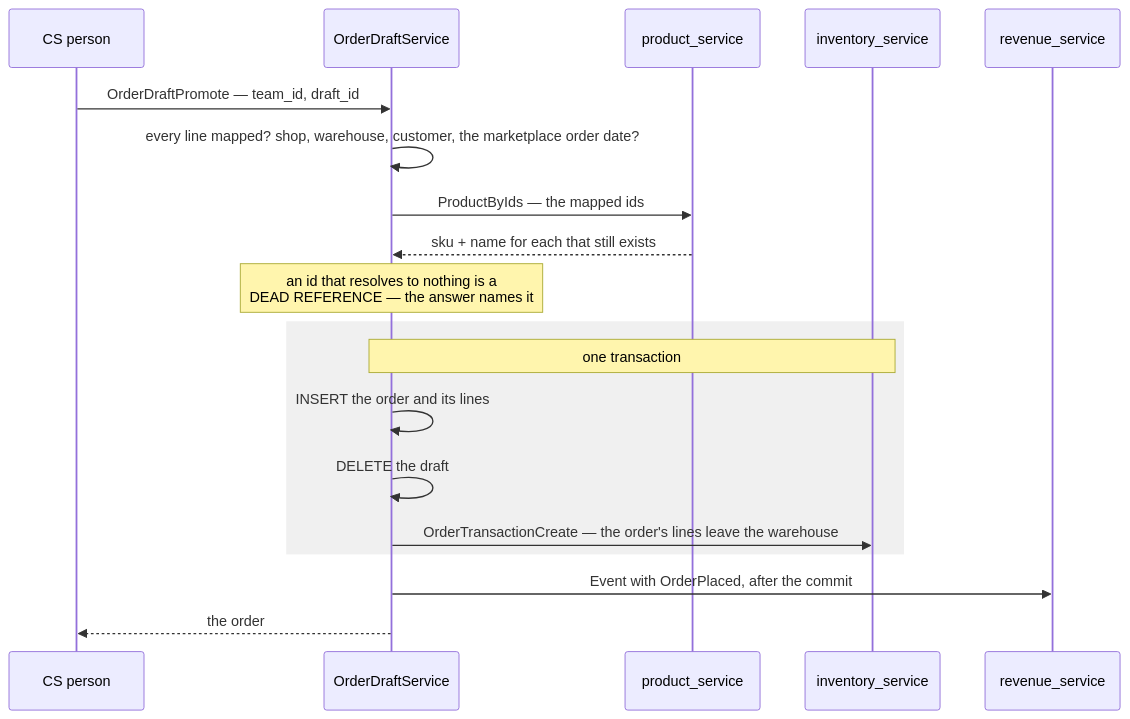
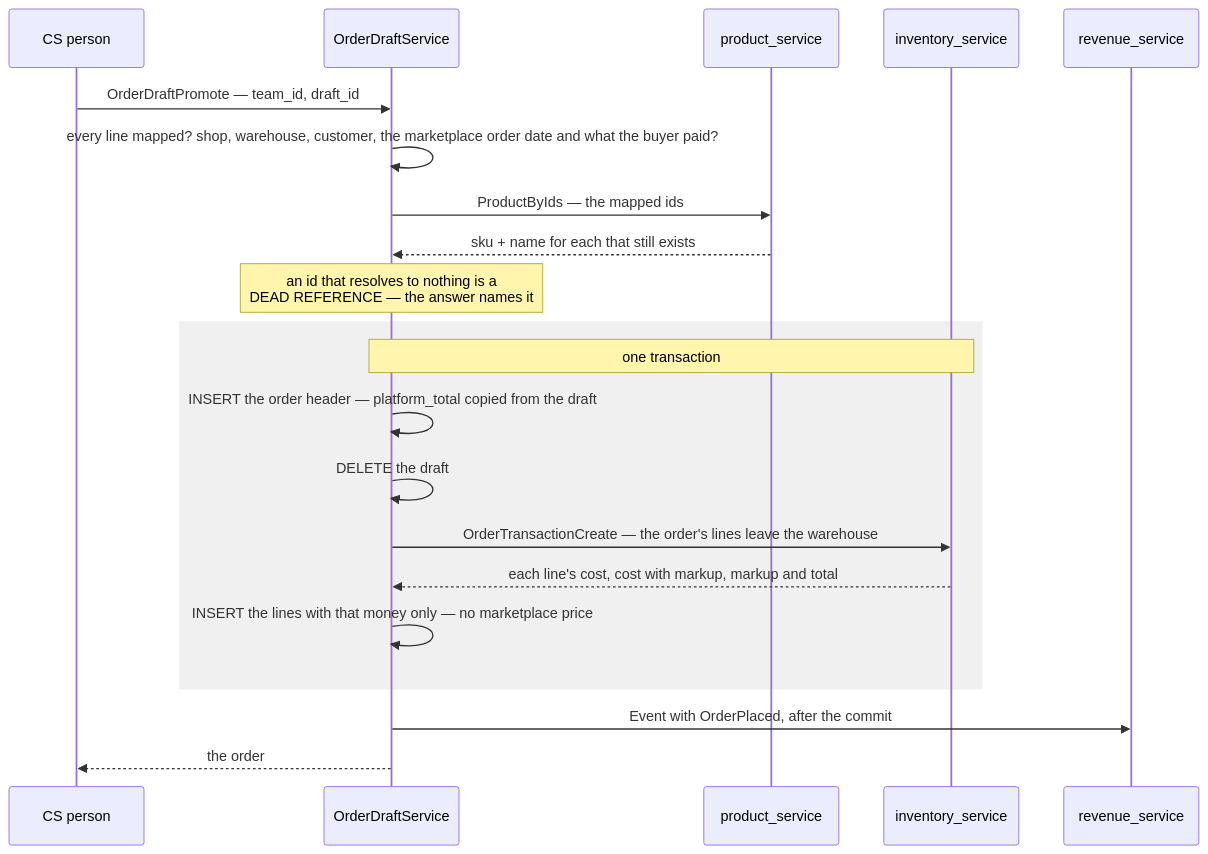
Before and after one commit to pdcgo/warehouse_revamp: the tenth of 15 diagrams in docs/services/selling_service/rpc.md, drawn with Mermaid. The commit also changed other lines of this file and 346 other files, not shown here.

First line of the commit message:
feat(analytic): the graph and its Table/Graph tabs, metrics/suppliers on the contract — with the order, liability and shipment work in flight

````diff
--- a/docs/services/selling_service/rpc.md
+++ b/docs/services/selling_service/rpc.md
@@ -445,22 +555,24 @@
 ```mermaid
 sequenceDiagram
     participant CS as CS person
     participant D as OrderDraftService
     participant P as product_service
     participant I as inventory_service
     participant R as revenue_service
 
     CS->>D: OrderDraftPromote — team_id, draft_id
-    D->>D: every line mapped? shop, warehouse, customer, the marketplace order date?
+    D->>D: every line mapped? shop, warehouse, customer, the marketplace order date and what the buyer paid?
     D->>P: ProductByIds — the mapped ids
     P-->>D: sku + name for each that still exists
     Note over D: an id that resolves to nothing is a<br/>DEAD REFERENCE — the answer names it
     rect rgb(240, 240, 240)
         Note over D,I: one transaction
-        D->>D: INSERT the order and its lines
+        D->>D: INSERT the order header — platform_total copied from the draft
         D->>D: DELETE the draft
         D->>I: OrderTransactionCreate — the order's lines leave the warehouse
+        I-->>D: each line's cost, cost with markup, markup and total
+        D->>D: INSERT the lines with that money only — no marketplace price
     end
     D->>R: Event with OrderPlaced, after the commit
     D-->>CS: the order
 ```
````
